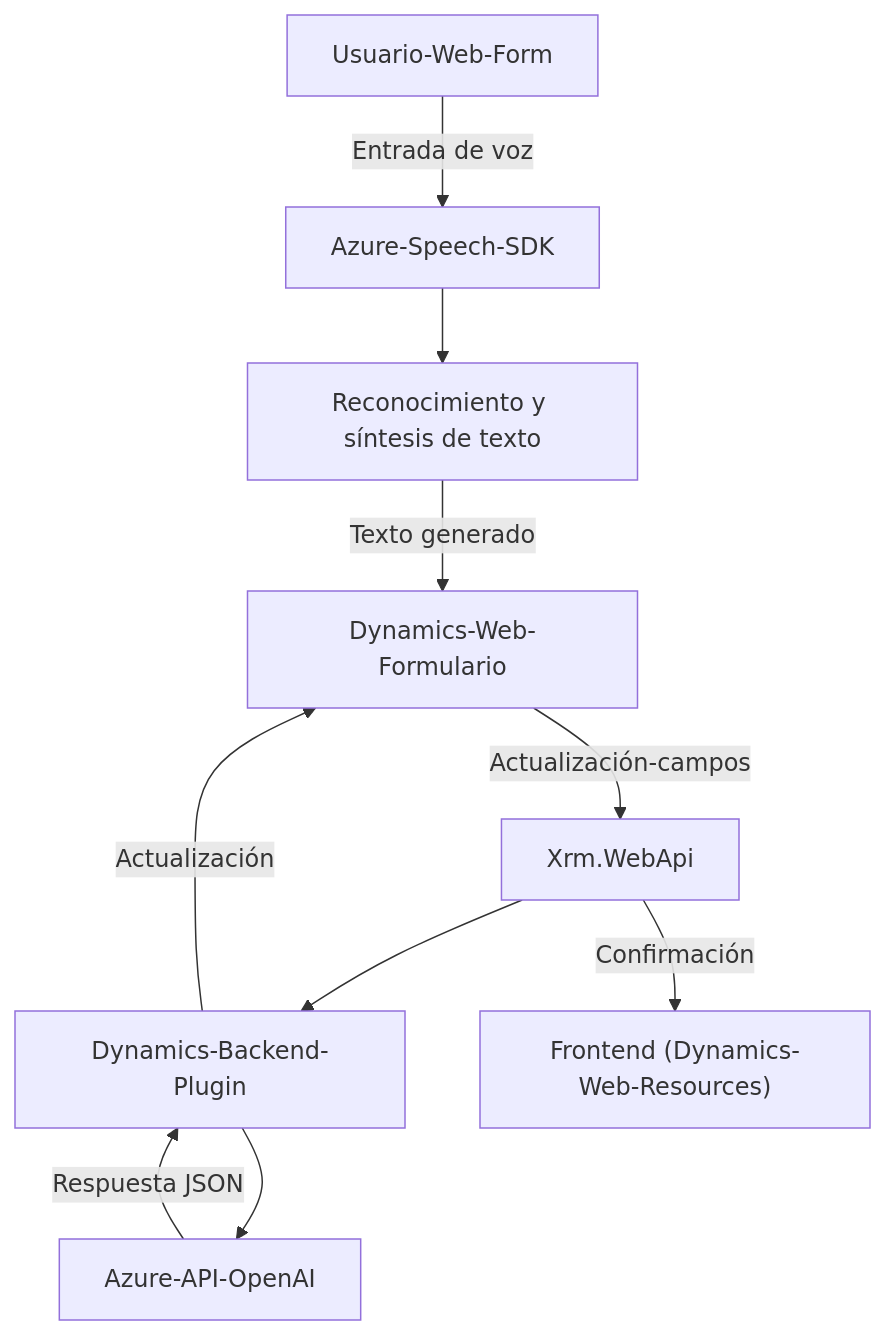
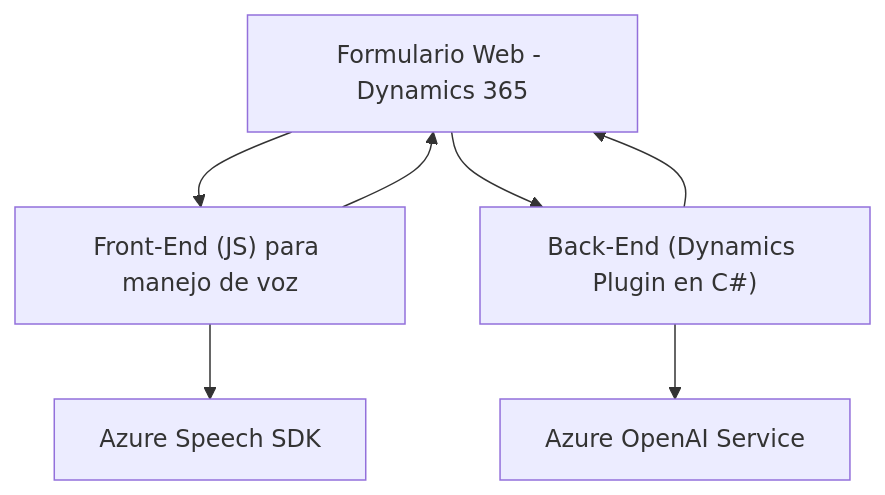
The diagram in README.md (blopezdm/NETCORE_BILBAO2025), drawn with Mermaid before and after one commit. The commit also changed other lines of this file, not shown here.

````diff
--- a/README.md
+++ b/README.md
@@ -58,12 +43,15 @@
 ```mermaid
 graph TD
-    A["Usuario-Web-Form"] -->|Entrada de voz| B["Azure-Speech-SDK"]
-    B --> C["Reconocimiento y síntesis de texto"]
-    C --> |Texto generado| D["Dynamics-Web-Formulario"]
-    D -->|Actualización-campos| F["Xrm.WebApi"]
-    F --> G["Dynamics-Backend-Plugin"]
-    G --> H["Azure-API-OpenAI"]
-    H --> |Respuesta JSON| G
-    G -->|Actualización| D
-    F -->|Confirmación| E["Frontend (Dynamics-Web-Resources)"]
+  A["Formulario Web - Dynamics 365"]
+  B["Front-End (JS) para manejo de voz"]
+  C["Back-End (Dynamics Plugin en C#)"]
+  D["Azure Speech SDK"]
+  E["Azure OpenAI Service"]
+
+  A --> B
+  A --> C
+  B --> D
+  C --> E
+  B --> A
+  C --> A
 ```
````
